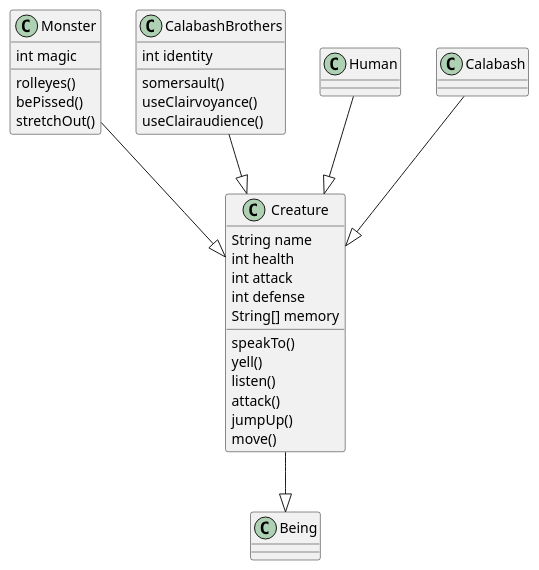
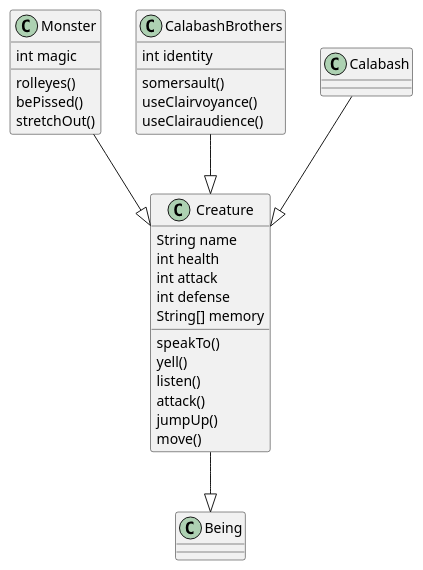
The diagram in W01/191220091/uml/characters.pu (zzandy2020/jwork-2021), drawn with PlantUML before and after one commit.

Commit message:
191220091 W01

```diff
--- a/W01/191220091/uml/characters.pu
+++ b/W01/191220091/uml/characters.pu
@@ -1,45 +1,43 @@
 @startuml
 class Being
 
 class Creature
 {
     String name
     int health
     int attack
     int defense
     String[] memory
 
     speakTo()
     yell()
     listen()
     attack()
     jumpUp()
     move()
 }
 
 
 class Monster{
     int magic
     rolleyes()
     bePissed()
     stretchOut()
 }
 
 class CalabashBrothers
 {
     int identity
     somersault()
     useClairvoyance()
     useClairaudience()
 }
 
 Creature --|> Being
 
-Human --|> Creature
-
 Monster --|> Creature
 
 CalabashBrothers --|> Creature
 
 Calabash --|> Creature
 @enduml
```
